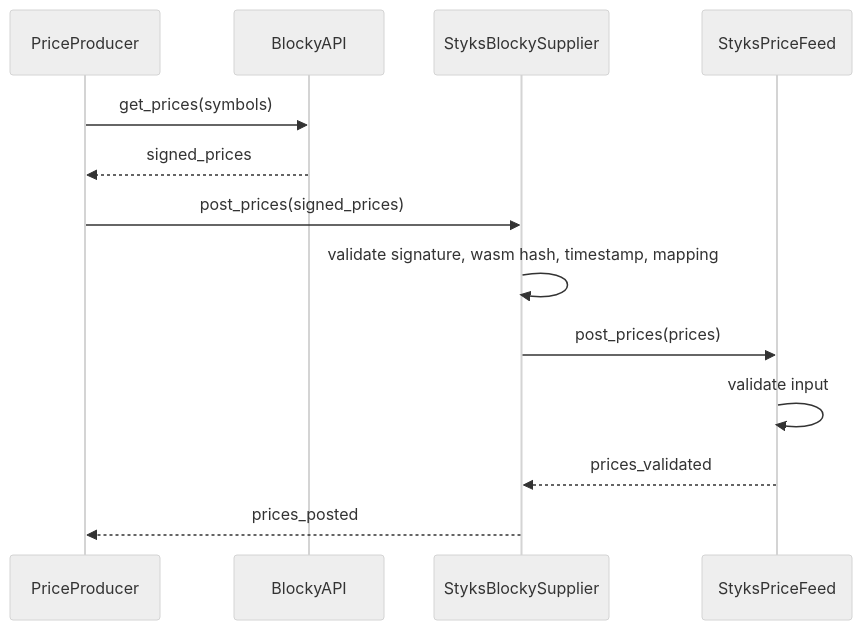
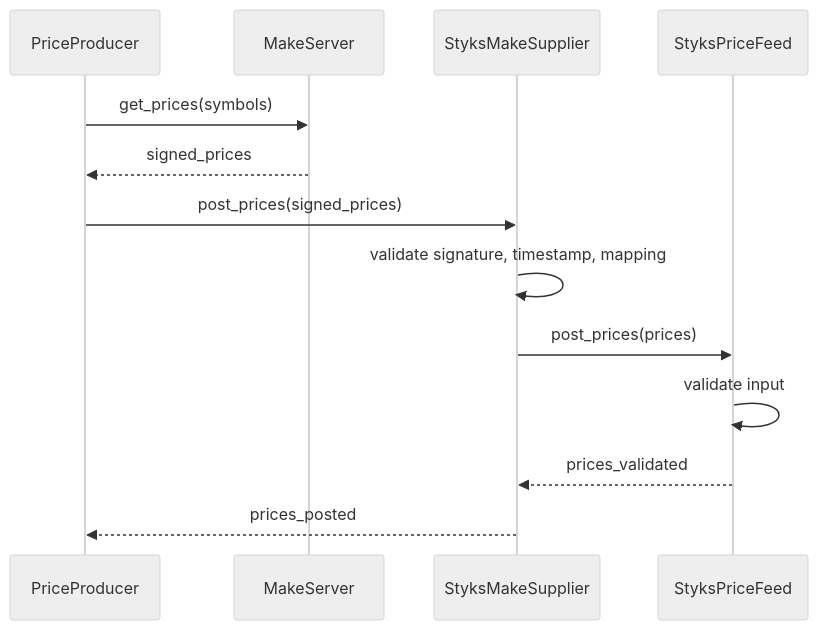
The second of 2 diagrams in README.md (odradev/styks), drawn with Mermaid (neutral theme) before and after one commit. The commit also changed other lines of this file, not shown here.

````diff
--- a/README.md
+++ b/README.md
@@ -265,18 +238,18 @@
 ```mermaid
 
 sequenceDiagram
     participant PriceProducer
-    participant BlockyAPI
-    participant StyksBlockySupplier
+    participant MakeServer
+    participant StyksMakeSupplier
     participant StyksPriceFeed
 
-    PriceProducer->>BlockyAPI: get_prices(symbols)
-    BlockyAPI-->>PriceProducer: signed_prices
-    PriceProducer->>StyksBlockySupplier: post_prices(signed_prices)
-    StyksBlockySupplier->>StyksBlockySupplier: validate signature, wasm hash, timestamp, mapping
-    StyksBlockySupplier->>StyksPriceFeed: post_prices(prices)
+    PriceProducer->>MakeServer: get_prices(symbols)
+    MakeServer-->>PriceProducer: signed_prices
+    PriceProducer->>StyksMakeSupplier: post_prices(signed_prices)
+    StyksMakeSupplier->>StyksMakeSupplier: validate signature, timestamp, mapping
+    StyksMakeSupplier->>StyksPriceFeed: post_prices(prices)
 
     StyksPriceFeed->>StyksPriceFeed: validate input
-    StyksPriceFeed-->>StyksBlockySupplier: prices_validated
-    StyksBlockySupplier-->>PriceProducer: prices_posted
+    StyksPriceFeed-->>StyksMakeSupplier: prices_validated
+    StyksMakeSupplier-->>PriceProducer: prices_posted
 ```
````
